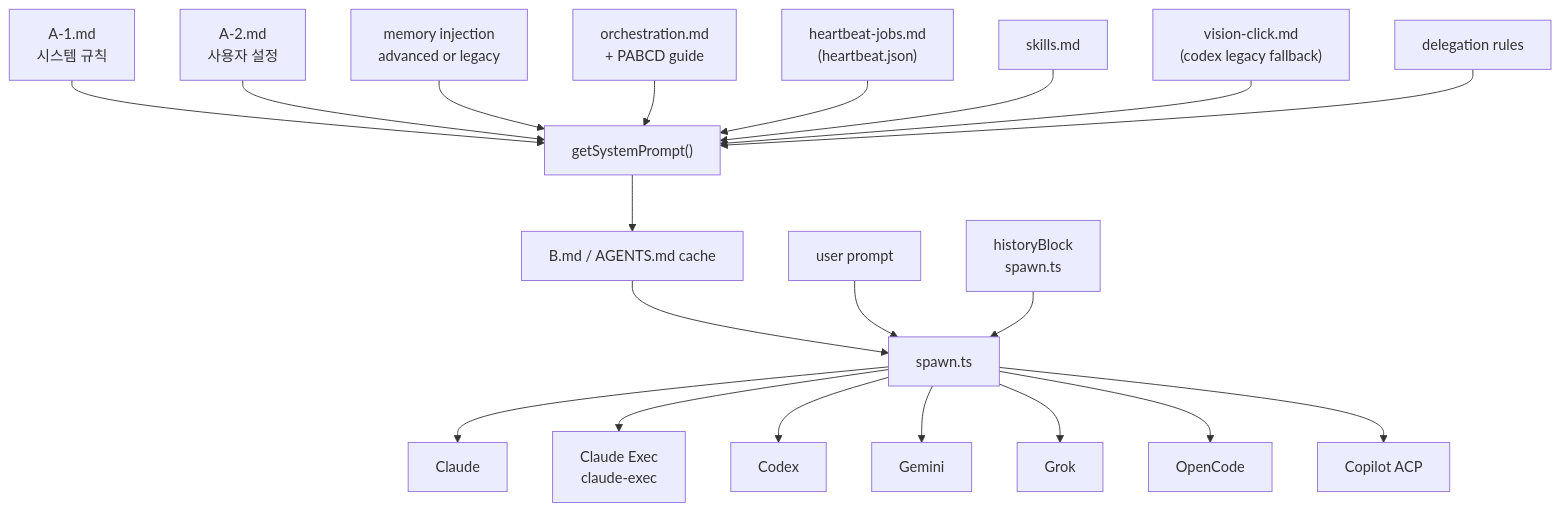
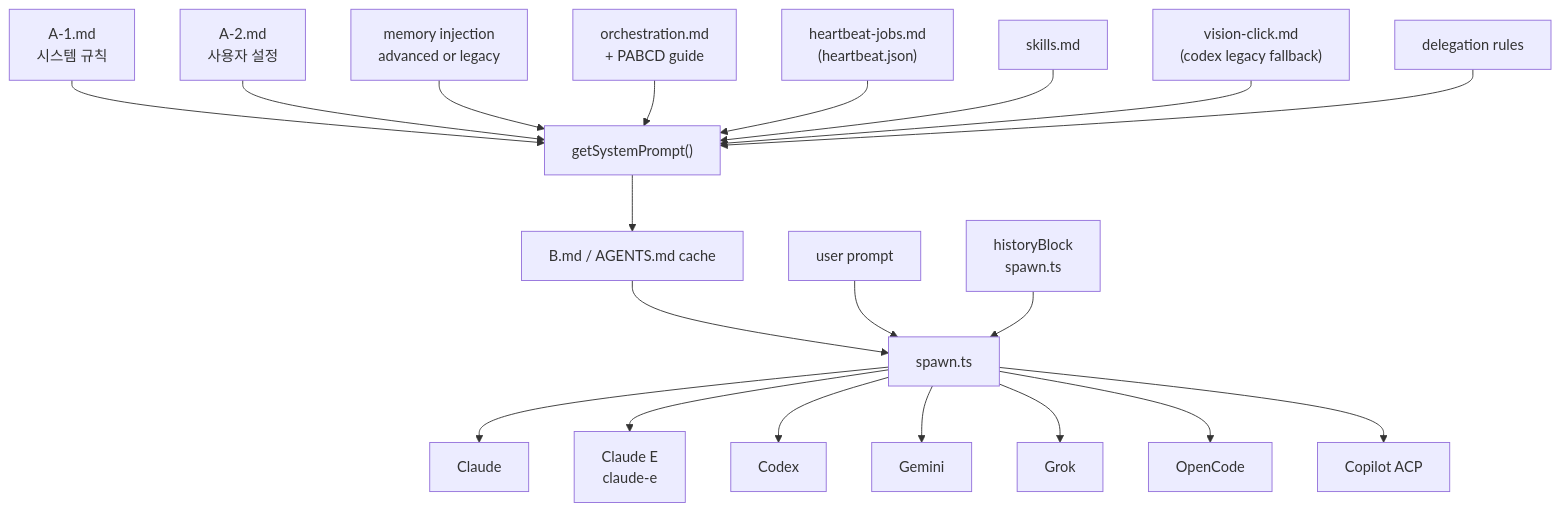
One commit to lidge-jun/cli-jaw changed the diagram in structure/prompt_flow.md. Above: the diagram before and after it, drawn with Mermaid. The commit also changed other lines of this file and 14 other files, not shown here.

````diff
--- a/structure/prompt_flow.md
+++ b/structure/prompt_flow.md
@@ -17,22 +17,22 @@
 ```mermaid
 graph TD
     A1["A-1.md<br/>시스템 규칙"] --> SYS["getSystemPrompt()"]
     A2["A-2.md<br/>사용자 설정"] --> SYS
     MEM["memory injection<br/>advanced or legacy"] --> SYS
     ORC["orchestration.md<br/>+ PABCD guide"] --> SYS
     HB["heartbeat-jobs.md<br/>(heartbeat.json)"] --> SYS
     SK["skills.md"] --> SYS
     VC["vision-click.md<br/>(codex legacy fallback)"] --> SYS
     DEL["delegation rules"] --> SYS
     SYS --> B["B.md / AGENTS.md cache"]
     B --> SPAWN["spawn.ts"]
     USER["user prompt"] --> SPAWN
     HIST["historyBlock<br/>spawn.ts"] --> SPAWN
     SPAWN --> CLAUDE["Claude"]
-    SPAWN --> CLAUDEI["Claude Exec<br/>claude-exec"]
+    SPAWN --> CLAUDEI["Claude E<br/>claude-e"]
     SPAWN --> CODEX["Codex"]
     SPAWN --> GEMINI["Gemini"]
     SPAWN --> GROK["Grok"]
     SPAWN --> OPENCODE["OpenCode"]
     SPAWN --> COPILOT["Copilot ACP"]
 ```
````
